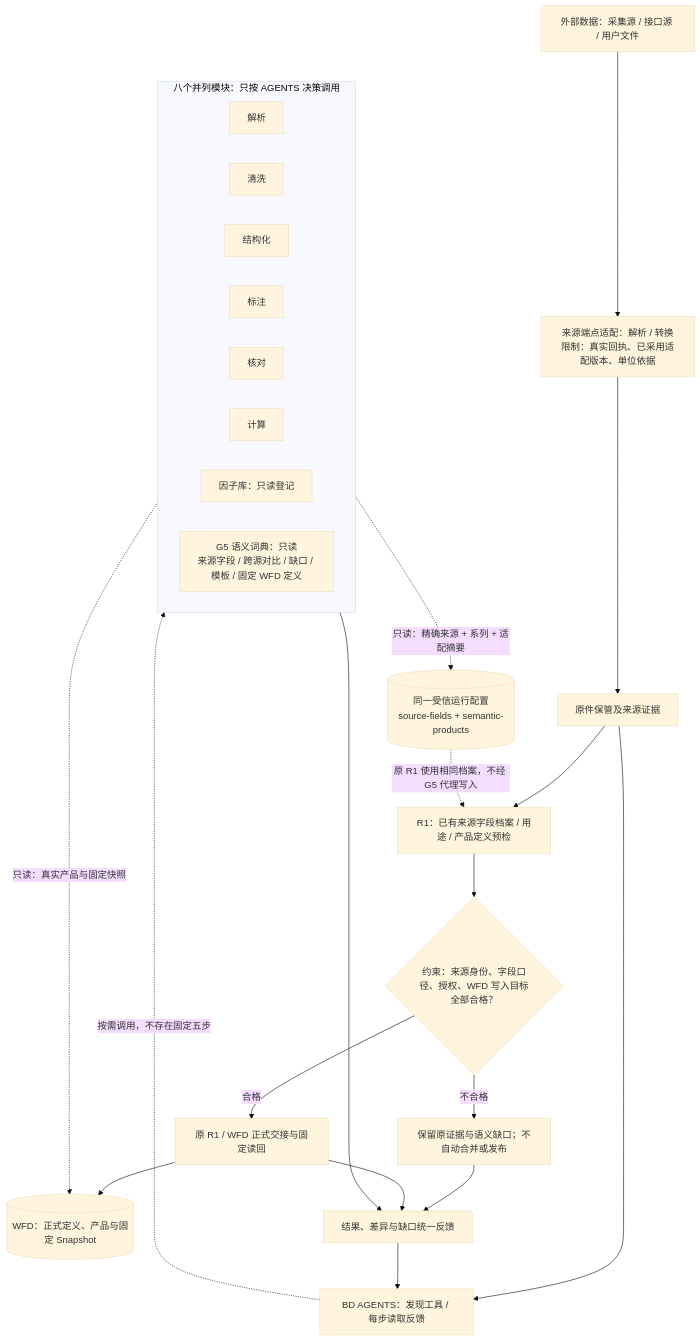
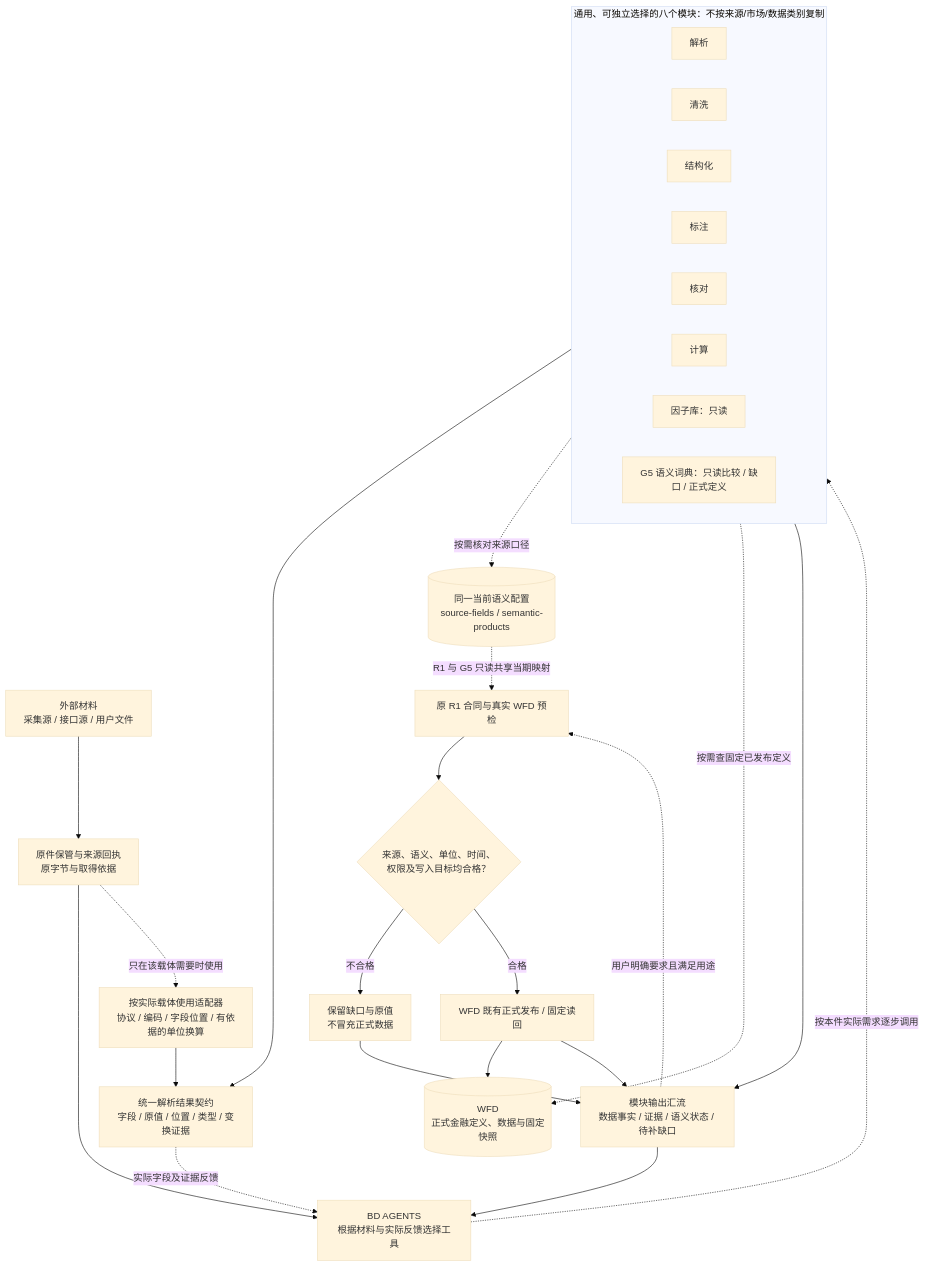
One commit to 825695323-svg/xuan-BD changed the diagram in docs/SOURCE-SEMANTIC-ADOPTION.md. Above: the diagram before and after it, drawn with Mermaid (base theme). The commit also changed other lines of this file and 29 other files, not shown here.

````diff
--- a/docs/SOURCE-SEMANTIC-ADOPTION.md
+++ b/docs/SOURCE-SEMANTIC-ADOPTION.md
@@ -11,38 +11,44 @@
 ```mermaid
 flowchart TB
-    AG["BD AGENTS：发现工具 / 每步读取反馈"]
-    INPUT["外部数据：采集源 / 接口源 / 用户文件"]
-    ADAPT["来源端点适配：解析 / 转换<br/>限制：真实回执、已采用适配版本、单位依据"]
-    MAT["原件保管及来源证据"]
-    CFG[("同一受信运行配置<br/>source-fields + semantic-products")]
-    WFD[("WFD：正式定义、产品与固定 Snapshot")]
+    AG["BD AGENTS<br/>根据材料与实际反馈选择工具"]
+    INPUT["外部材料<br/>采集源 / 接口源 / 用户文件"]
+    RAW["原件保管与来源回执<br/>原字节与取得依据"]
+    DECODE["按实际载体使用适配器<br/>协议 / 编码 / 字段位置 / 有依据的单位换算"]
+    COMMON["统一解析结果契约<br/>字段 / 原值 / 位置 / 类型 / 变换证据"]
+    CFG[("同一当前语义配置<br/>source-fields / semantic-products")]
+    WFD[("WFD<br/>正式金融定义、数据与固定快照")]
 
-    INPUT --> ADAPT --> MAT
-    MAT --> AG
+    INPUT --> RAW
+    RAW --> AG
+    RAW -. "只在该载体需要时使用" .-> DECODE
+    DECODE --> COMMON
 
-    subgraph EIGHT["八个并列模块：只按 AGENTS 决策调用"]
+    subgraph MODULES["通用、可独立选择的八个模块：不按来源/市场/数据类别复制"]
       direction LR
-      P["解析"] 
+      P["解析"]
       C["清洗"]
       S["结构化"]
       A["标注"]
       K["核对"]
       X["计算"]
-      F["因子库：只读登记"]
-      G5["G5 语义词典：只读<br/>来源字段 / 跨源对比 / 缺口 / 模板 / 固定 WFD 定义"]
+      F["因子库：只读"]
+      G5["G5 语义词典：只读比较 / 缺口 / 正式定义"]
     end
 
-    AG -. "按需调用，不存在固定五步" .-> EIGHT
-    G5 -. "只读：精确来源 + 系列 + 适配摘要" .-> CFG
-    G5 -. "只读：真实产品与固定快照" .-> WFD
-    MAT --> R1["R1：已有来源字段档案 / 用途 / 产品定义预检"]
-    CFG -. "原 R1 使用相同档案，不经 G5 代理写入" .-> R1
-    R1 --> GATE{"约束：来源身份、字段口径、授权、WFD 写入目标全部合格？"}
-    GATE -->|"不合格"| GAP["保留原证据与语义缺口；不自动合并或发布"]
-    GATE -->|"合格"| PUBLISH["原 R1 / WFD 正式交接与固定读回"]
+    AG -. "按本件实际需求逐步调用" .-> MODULES
+    P --> COMMON
+    COMMON -. "实际字段及证据反馈" .-> AG
+    G5 -. "按需核对来源口径" .-> CFG
+    G5 -. "按需查固定已发布定义" .-> WFD
+    MODULES --> FEEDBACK["模块输出汇流<br/>数据事实 / 证据 / 语义状态 / 待补缺口"]
+    FEEDBACK --> AG
+
+    FEEDBACK -. "用户明确要求且满足用途" .-> R1["原 R1 合同与真实 WFD 预检"]
+    CFG -. "R1 与 G5 只读共享当期映射" .-> R1
+    R1 --> GATE{"来源、语义、单位、时间、权限及写入目标均合格？"}
+    GATE -->|"不合格"| GAP["保留缺口与原值<br/>不冒充正式数据"]
+    GAP --> FEEDBACK
+    GATE -->|"合格"| PUBLISH["WFD 既有正式发布 / 固定读回"]
     PUBLISH --> WFD
-    EIGHT --> FEEDBACK["结果、差异与缺口统一反馈"]
-    GAP --> FEEDBACK
     PUBLISH --> FEEDBACK
-    FEEDBACK --> AG
 ```
````
